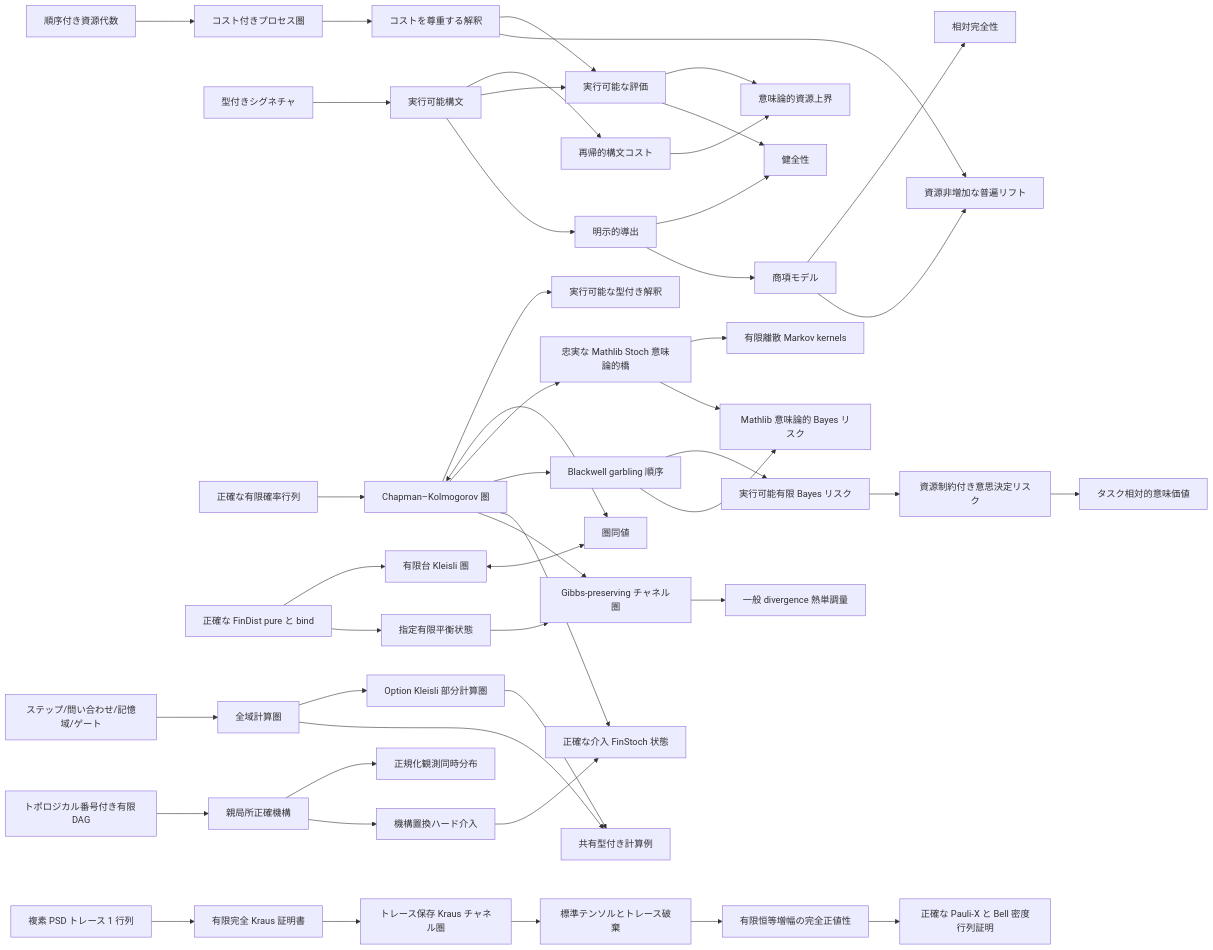
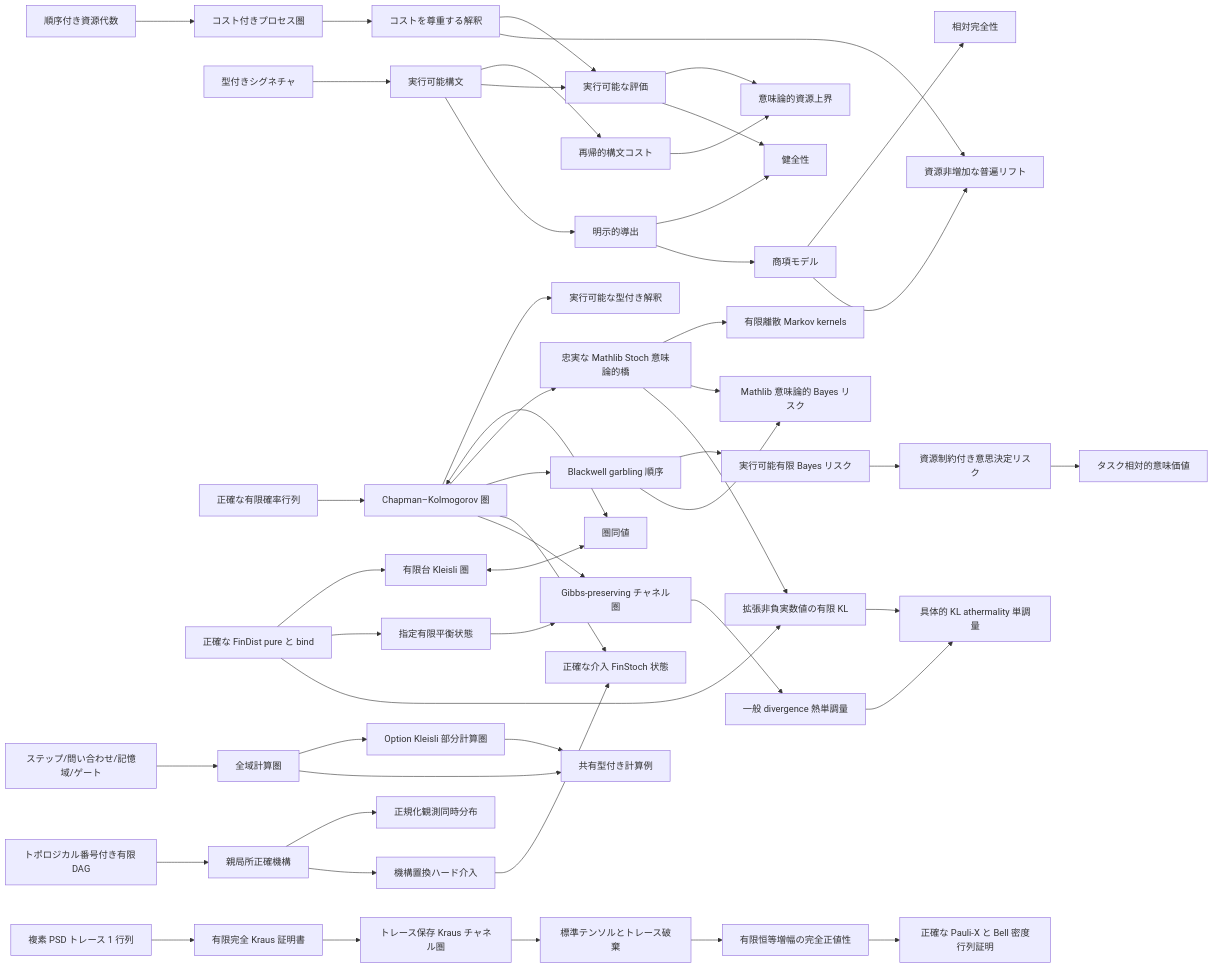
The diagram in docs/README.ja.md (miuchan/ript), drawn with Mermaid before and after one commit. The commit also changed other lines of this file and 10 other files, not shown here.

````diff
--- a/docs/README.ja.md
+++ b/docs/README.ja.md
@@ -802,49 +827,53 @@
 ```mermaid
 flowchart LR
   R["順序付き資源代数"] --> C["コスト付きプロセス圏"]
   S["型付きシグネチャ"] --> X["実行可能構文"]
   X --> K["再帰的構文コスト"]
   C --> I["コストを尊重する解釈"]
   X --> E["実行可能な評価"]
   I --> E
   K --> B["意味論的資源上界"]
   E --> B
   X --> D["明示的導出"]
   D --> SO["健全性"]
   E --> SO
   D --> T["商項モデル"]
   T --> CO["相対完全性"]
   I --> U["資源非増加な普遍リフト"]
   T --> U
   F["正確な有限確率行列"] --> CK["Chapman–Kolmogorov 圏"]
   CK --> EX["実行可能な型付き解釈"]
   FD["正確な FinDist pure と bind"] --> KL["有限台 Kleisli 圏"]
   CK <--> EQ["圏同値"]
   KL <--> EQ
   CK --> ST["忠実な Mathlib Stoch 意味論的橋"]
   ST --> MT["有限離散 Markov kernels"]
   CK --> BW["Blackwell garbling 順序"]
   ST --> SB["Mathlib 意味論的 Bayes リスク"]
   BW --> FR["実行可能有限 Bayes リスク"]
   FR --> RR["資源制約付き意思決定リスク"]
   RR --> SV["タスク相対的意味価値"]
   BW --> SB
   CR["ステップ/問い合わせ/記憶域/ゲート"] --> TC["全域計算圏"]
   TC --> PC["Option Kleisli 部分計算圏"]
   TC --> CE["共有型付き計算例"]
   PC --> CE
   DAG["トポロジカル番号付き有限 DAG"] --> CM["親局所正確機構"]
   CM --> OJ["正規化観測同時分布"]
   CM --> DO["機構置換ハード介入"]
   DO --> IS["正確な介入 FinStoch 状態"]
   CK --> IS
   FD --> TE["指定有限平衡状態"]
   CK --> GP["Gibbs-preserving チャネル圏"]
   TE --> GP
   GP --> TM["一般 divergence 熱単調量"]
+  FD --> FKL["拡張非負実数値の有限 KL"]
+  ST --> FKL
+  FKL --> KTM["具体的 KL athermality 単調量"]
+  TM --> KTM
   QB["複素 PSD トレース 1 行列"] --> QK["有限完全 Kraus 証明書"]
   QK --> QC["トレース保存 Kraus チャネル圏"]
   QC --> QT["標準テンソルとトレース破棄"]
   QT --> QP["有限恒等増幅の完全正値性"]
   QP --> QX["正確な Pauli-X と Bell 密度行列証明"]
 ```
````
